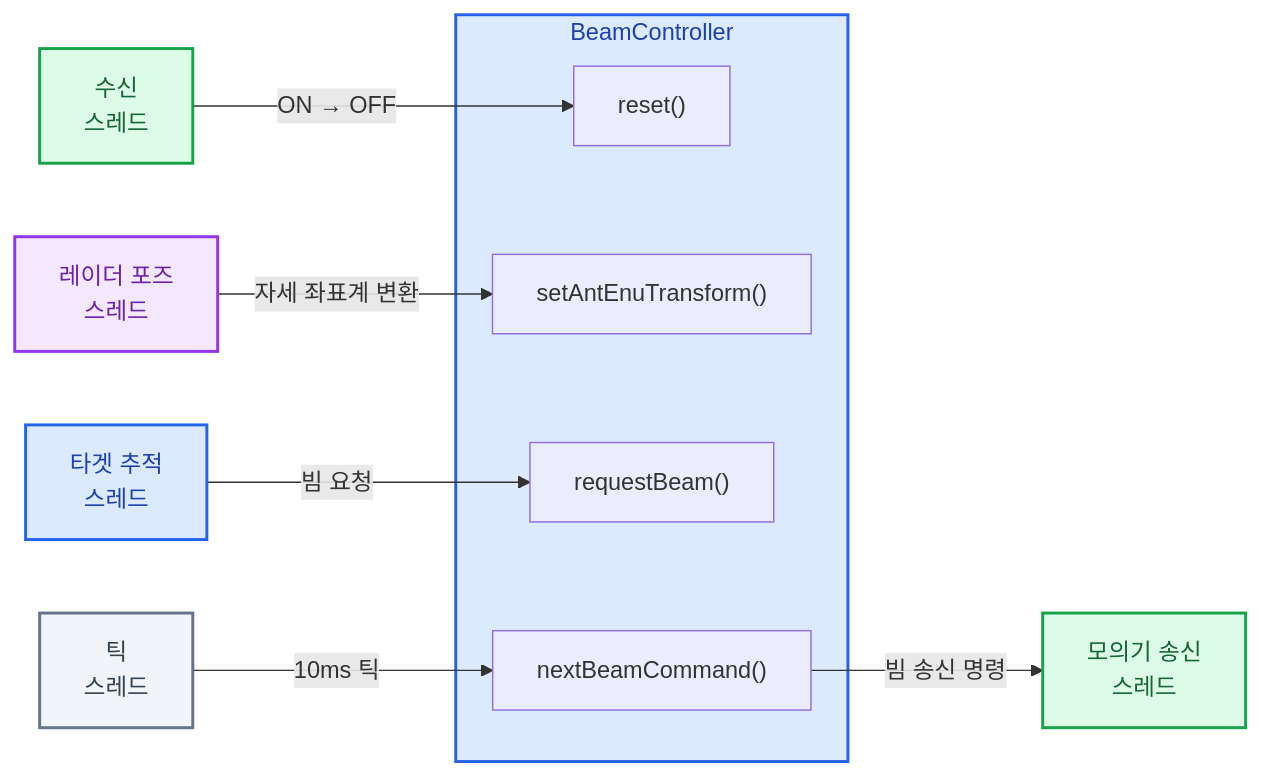
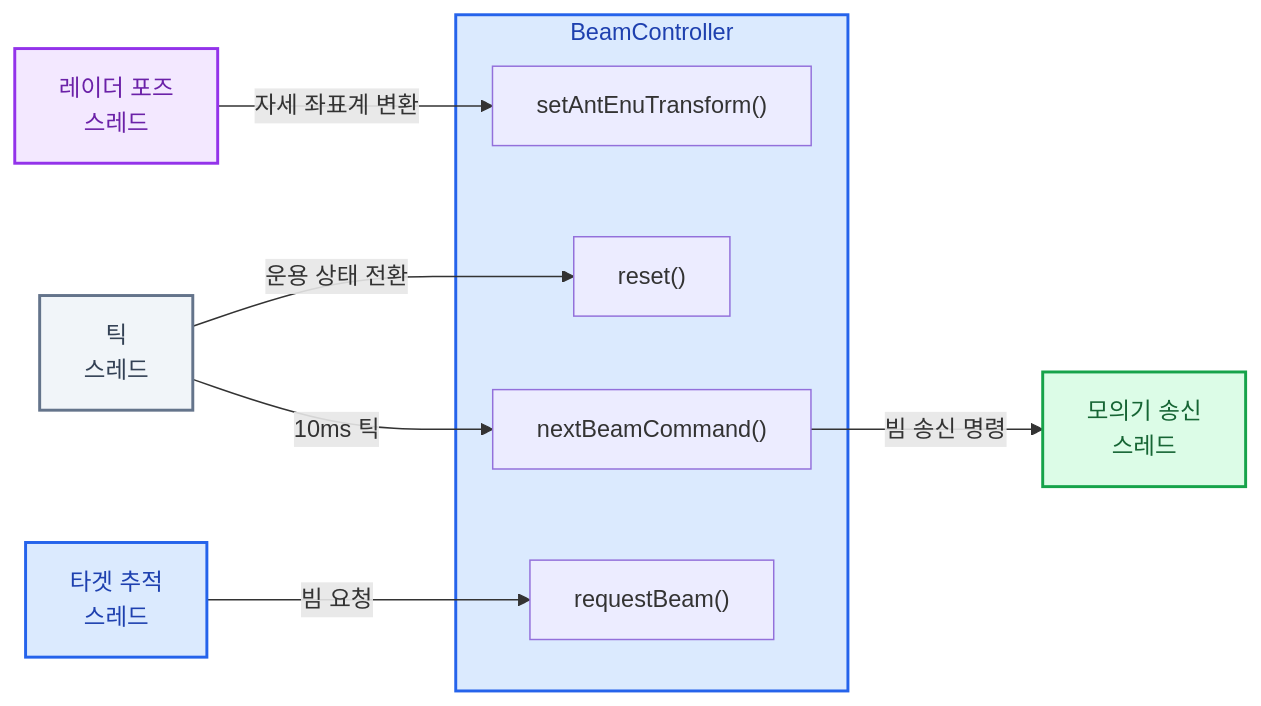
The first of 5 diagrams in src/beam/README.md (AESAlien/aesa-processor), drawn with Mermaid before and after one commit. The commit also changed 15 other files, not shown here.

````diff
--- a/src/beam/README.md
+++ b/src/beam/README.md
@@ -39,32 +39,31 @@
 ```mermaid
 flowchart LR
-    CommReceiveWorker[수신<br/>스레드]
     PoseWorker[레이더 포즈<br/>스레드]
     TargetWorker[타겟 추적<br/>스레드]
     TickWorker[틱<br/>스레드]
     SimulatorSendWorker[모의기 송신<br/>스레드]
 
     subgraph BeamController
         reset["reset()"]
         setAntEnuTransform["setAntEnuTransform()"]
         requestBeam["requestBeam()"]
         nextBeamCommand["nextBeamCommand()"]
     end
 
-    CommReceiveWorker -->|ON → OFF| reset
+    TickWorker -->|운용 상태 전환| reset
     PoseWorker -->|자세 좌표계 변환| setAntEnuTransform
     TargetWorker -->|빔 요청| requestBeam
     TickWorker -->|10ms 틱| nextBeamCommand
     nextBeamCommand -->|빔 송신 명령| SimulatorSendWorker
 
     classDef communication fill:#DCFCE7,stroke:#16A34A,color:#166534,stroke-width:2px
     classDef processing fill:#DBEAFE,stroke:#2563EB,color:#1E40AF,stroke-width:2px
     classDef utility fill:#F3E8FF,stroke:#9333EA,color:#6B21A8,stroke-width:2px
     classDef control fill:#F1F5F9,stroke:#64748B,color:#334155,stroke-width:2px
 
-    class CommReceiveWorker,SimulatorSendWorker communication
+    class SimulatorSendWorker communication
     class TargetWorker processing
     class PoseWorker utility
     class TickWorker control
     style BeamController fill:#DBEAFE,stroke:#2563EB,color:#1E40AF,stroke-width:2px
 ```
````
